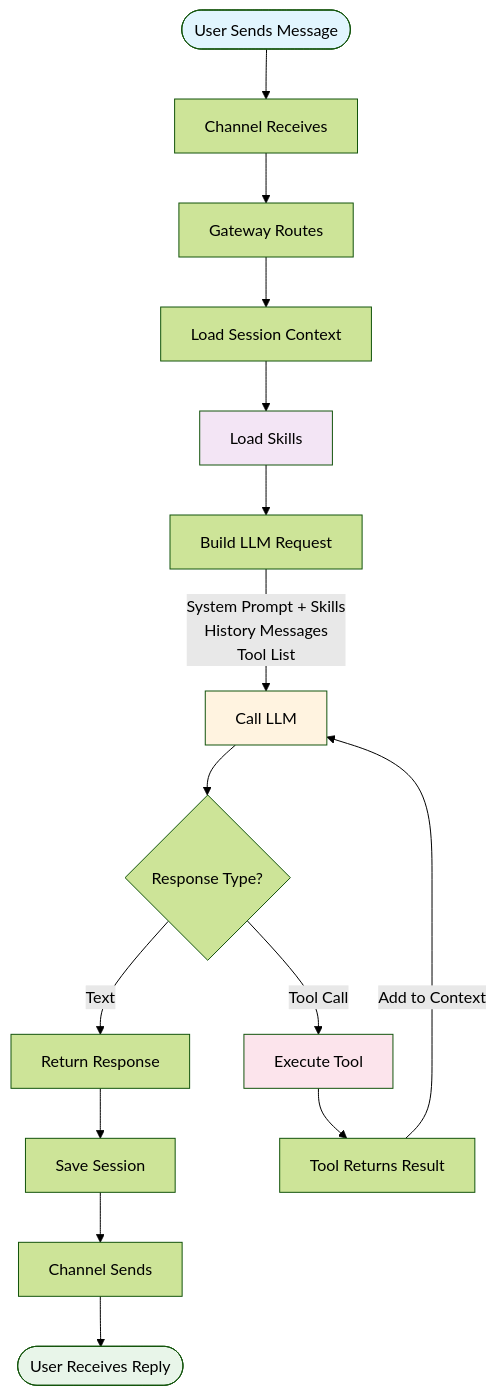
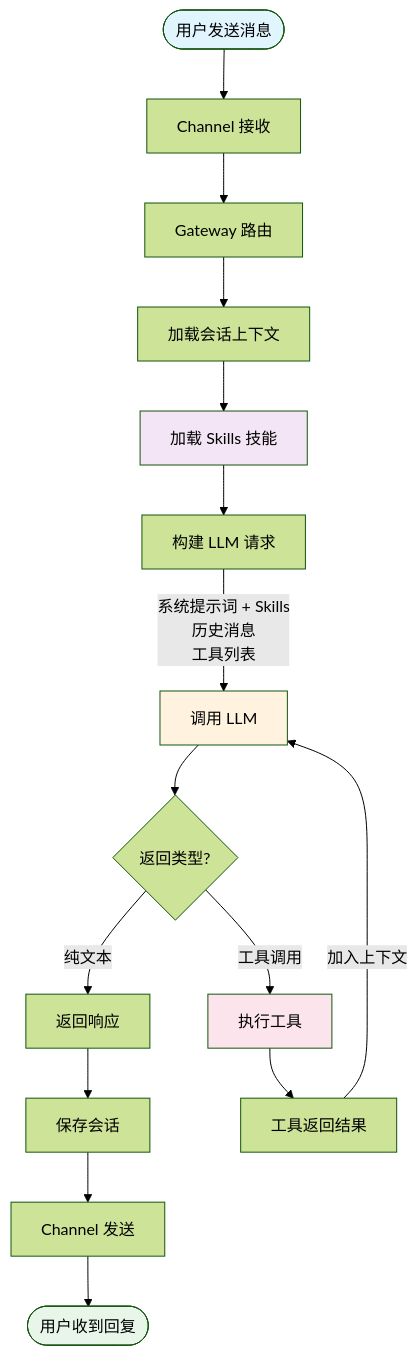
One commit to King-Chau/mozi changed the second of 2 diagrams in README.md. Above: the diagram before and after it, drawn with Mermaid (forest theme). The commit also changed other lines of this file and 1 other file, not shown here.

````diff
--- a/README.md
+++ b/README.md
@@ -714,28 +93,28 @@
 ```mermaid
 flowchart TD
-    Start([User Sends Message]) --> Channel[Channel Receives]
-    Channel --> Gateway[Gateway Routes]
-    Gateway --> LoadCtx[Load Session Context]
+    Start([用户发送消息]) --> Channel[Channel 接收]
+    Channel --> Gateway[Gateway 路由]
+    Gateway --> LoadCtx[加载会话上下文]
 
-    LoadCtx --> LoadSkills[Load Skills]
-    LoadSkills --> BuildCtx[Build LLM Request]
-    BuildCtx --> |System Prompt + Skills<br/>History Messages<br/>Tool List| CallLLM[Call LLM]
+    LoadCtx --> LoadSkills[加载 Skills 技能]
+    LoadSkills --> BuildCtx[构建 LLM 请求]
+    BuildCtx --> |系统提示词 + Skills<br/>历史消息<br/>工具列表| CallLLM[调用 LLM]
 
-    CallLLM --> Check{Response Type?}
+    CallLLM --> Check{返回类型?}
 
-    Check --> |Text| Response[Return Response]
-    Check --> |Tool Call| ExecTool[Execute Tool]
+    Check --> |纯文本| Response[返回响应]
+    Check --> |工具调用| ExecTool[执行工具]
 
-    ExecTool --> ToolResult[Tool Returns Result]
-    ToolResult --> |Add to Context| CallLLM
+    ExecTool --> ToolResult[工具返回结果]
+    ToolResult --> |加入上下文| CallLLM
 
-    Response --> SaveCtx[Save Session]
-    SaveCtx --> Send[Channel Sends]
-    Send --> End([User Receives Reply])
+    Response --> SaveCtx[保存会话]
+    SaveCtx --> Send[Channel 发送]
+    Send --> End([用户收到回复])
 
     style Start fill:#e1f5fe
     style End fill:#e8f5e9
     style CallLLM fill:#fff3e0
     style ExecTool fill:#fce4ec
     style LoadSkills fill:#f3e5f5
 ```
````
